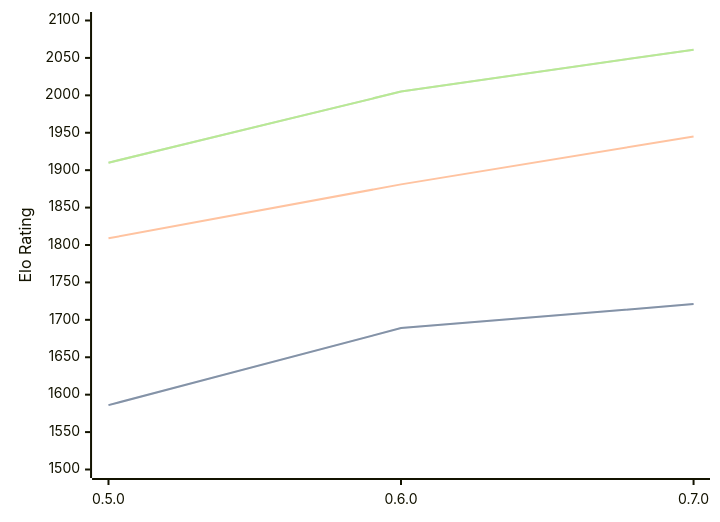
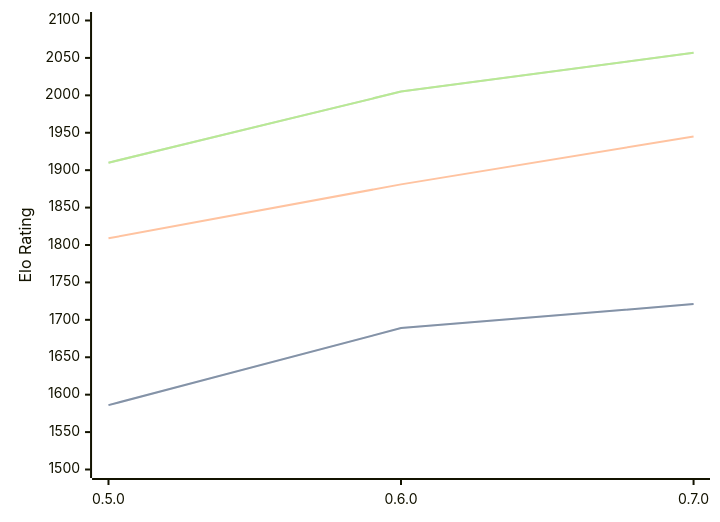
One commit to computer-chess-index/cci changed the diagram in engines/Chess-rs.md. Above: the diagram before and after it, drawn with Mermaid. The commit also changed other lines of this file, not shown here.

Commit message:
Update CCI Ratings (ELO VLTC) - 2026-04-02

````diff
--- a/engines/Chess-rs.md
+++ b/engines/Chess-rs.md
@@ -41,11 +41,11 @@
 ```mermaid
 %%{init: {"theme":"base","themeVariables":{"seriesColors:['#a3a3a3','#222221','#faa371']}}}%%
 xychart-beta
   x-axis ["0.5.0", "0.6.0", "0.7.0"]
   y-axis "Elo Rating" 1500 --> 2100
   line "STC (8.0+0.08s)" [1586, 1689, 1721]
   line "STC (8.0+0.08s)" [1586, 1689, 1721]
   line "LTC (60.0+0.60s)" [1809, 1881, 1945]
-  line "VLTC (2m24s+1.12s)" [1910, 2005, 2061]
-  line "VLTC (2m24s+1.12s)" [1910, 2005, 2061]
+  line "VLTC (2m24s+1.12s)" [1910, 2005, 2057]
+  line "VLTC (2m24s+1.12s)" [1910, 2005, 2057]
 ```
````
